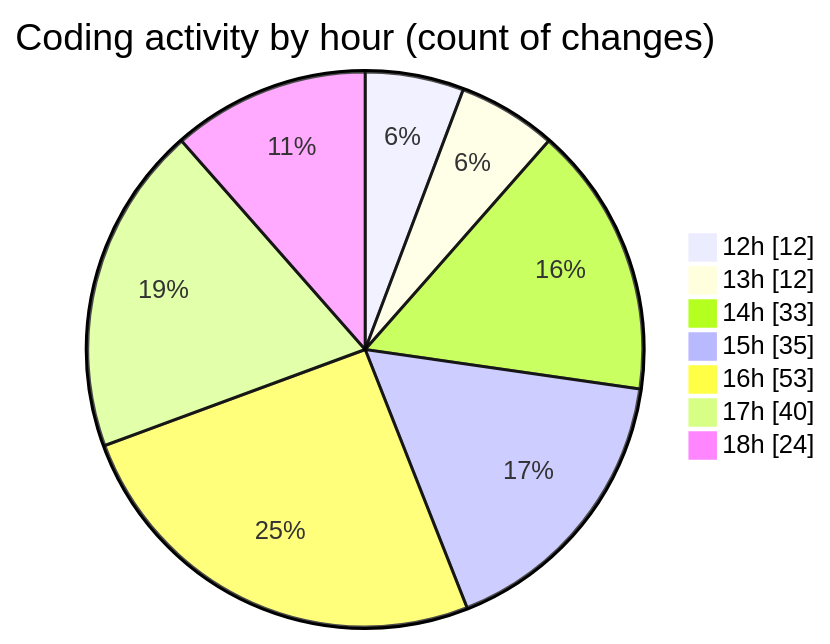
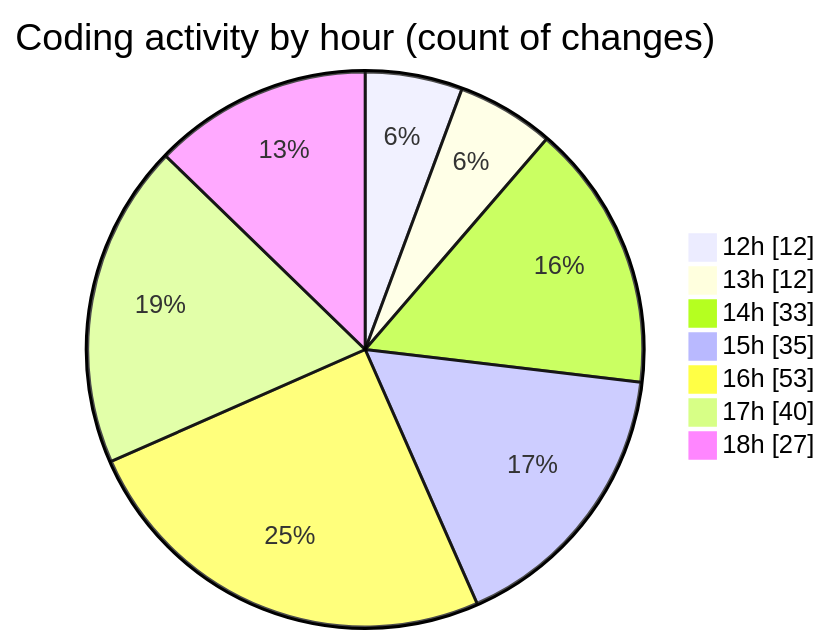
One commit to momahboobian/code-tracking changed the second of 2 diagrams in 2025-09-24/cda/README.md. Above: the diagram before and after it, drawn with Mermaid. The commit also changed other lines of this file and 1 other file, not shown here.

````diff
--- a/2025-09-24/cda/README.md
+++ b/2025-09-24/cda/README.md
@@ -45,11 +45,11 @@
 ```mermaid
 pie showData
 title Coding activity by hour (count of changes)
 "12h" : 12
 "13h" : 12
 "14h" : 33
 "15h" : 35
 "16h" : 53
 "17h" : 40
-"18h" : 24
+"18h" : 27
 ```
````
